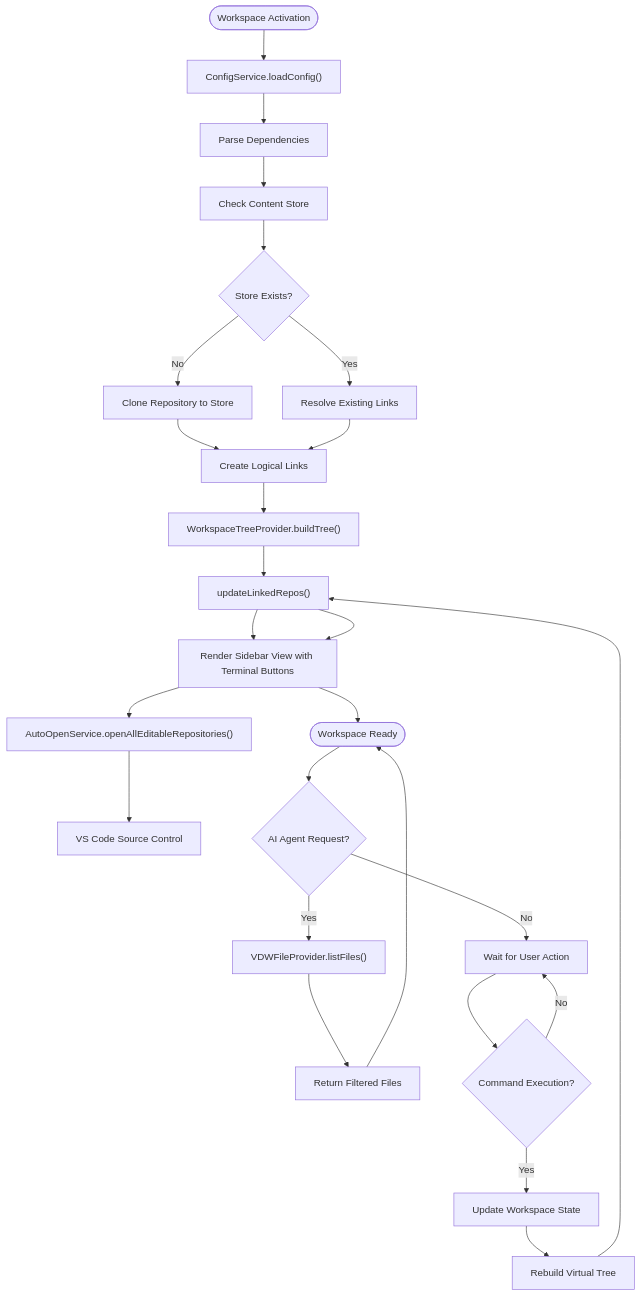
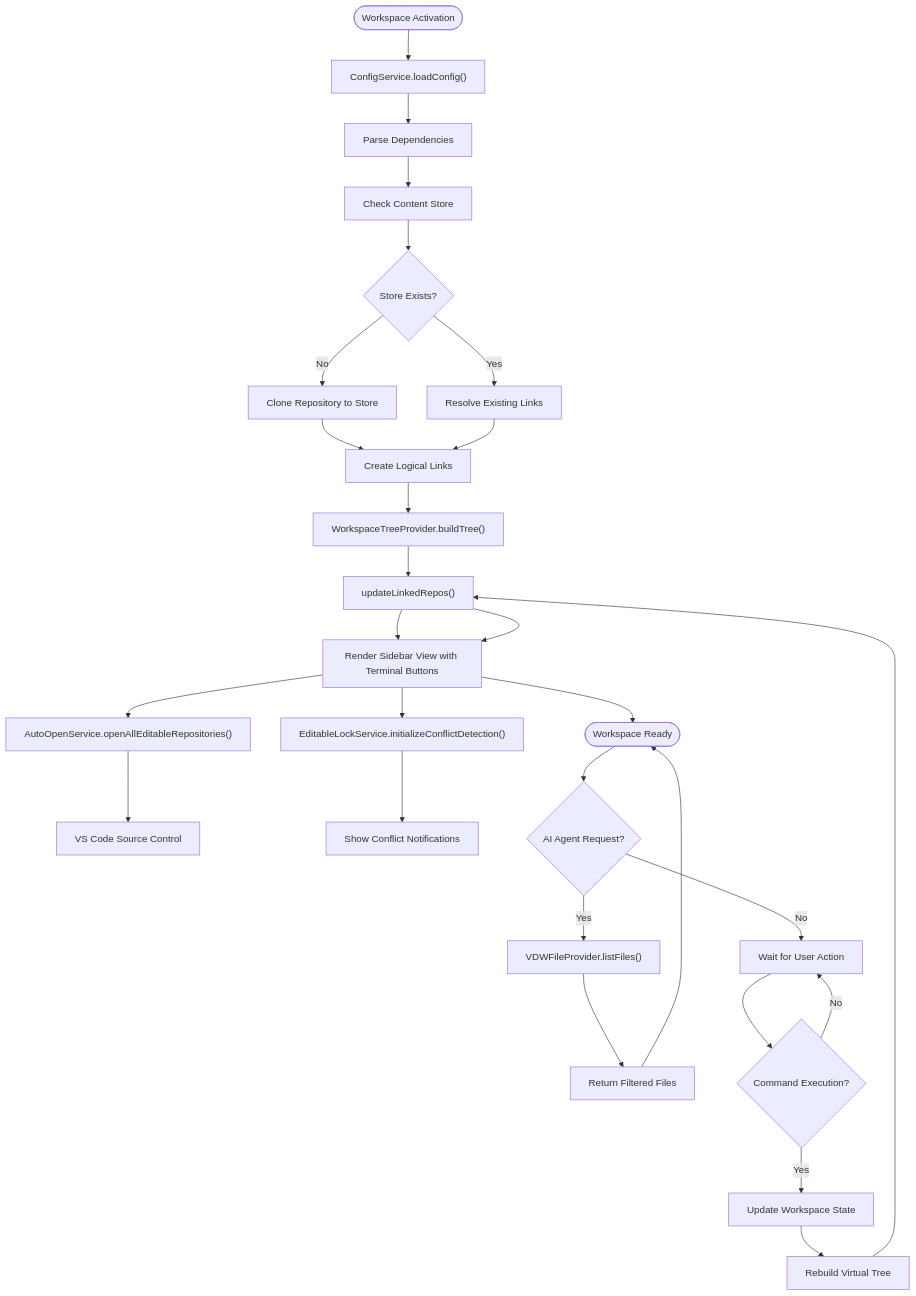
The third of 6 diagrams in .qoder/repowiki/en/content/Core Features Documentation/VS Code Plugin Bridge & IDE Integration.md (HWH-2019/vdw), drawn with Mermaid before and after one commit. The commit also changed other lines of this file and 6 other files, not shown here.

````diff
--- a/.qoder/repowiki/en/content/Core Features Documentation/VS Code Plugin Bridge & IDE Integration.md
+++ b/.qoder/repowiki/en/content/Core Features Documentation/VS Code Plugin Bridge & IDE Integration.md
@@ -292,28 +308,30 @@
 ```mermaid
 flowchart TD
 Start([Workspace Activation]) --> LoadConfig["ConfigService.loadConfig()"]
 LoadConfig --> ParseDeps["Parse Dependencies"]
 ParseDeps --> CheckStore["Check Content Store"]
 CheckStore --> StoreExists{"Store Exists?"}
 StoreExists --> |Yes| ResolveLinks["Resolve Existing Links"]
 StoreExists --> |No| CloneRepo["Clone Repository to Store"]
 CloneRepo --> CreateLinks["Create Logical Links"]
 ResolveLinks --> CreateLinks
 CreateLinks --> BuildTree["WorkspaceTreeProvider.buildTree()"]
 BuildTree --> UpdateLinkedRepos["updateLinkedRepos()"]
 UpdateLinkedRepos --> RenderView["Render Sidebar View with Terminal Buttons"]
 RenderView --> AutoOpen["AutoOpenService.openAllEditableRepositories()"]
 AutoOpen --> VSCodeGit["VS Code Source Control"]
+RenderView --> EditableLock["EditableLockService.initializeConflictDetection()"]
+EditableLock --> VSCodeNotifications["Show Conflict Notifications"]
 RenderView --> Ready([Workspace Ready])
 Ready --> AIRequest{"AI Agent Request?"}
 AIRequest --> |Yes| FilterScope["VDWFileProvider.listFiles()"]
 AIRequest --> |No| WaitUser["Wait for User Action"]
 FilterScope --> ReturnFiles["Return Filtered Files"]
 ReturnFiles --> Ready
 WaitUser --> CommandExec{"Command Execution?"}
 CommandExec --> |Yes| UpdateWorkspace["Update Workspace State"]
 CommandExec --> |No| WaitUser
 UpdateWorkspace --> RebuildTree["Rebuild Virtual Tree"]
 RebuildTree --> UpdateLinkedRepos
 UpdateLinkedRepos --> RenderView
 ```
````
